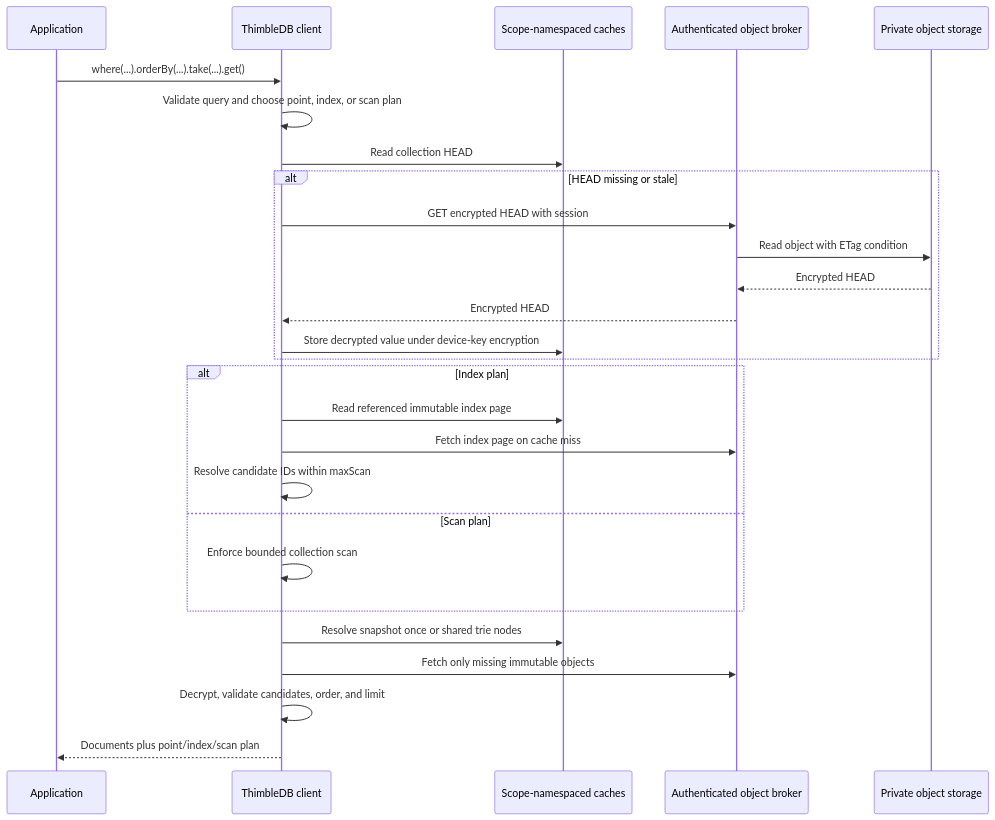
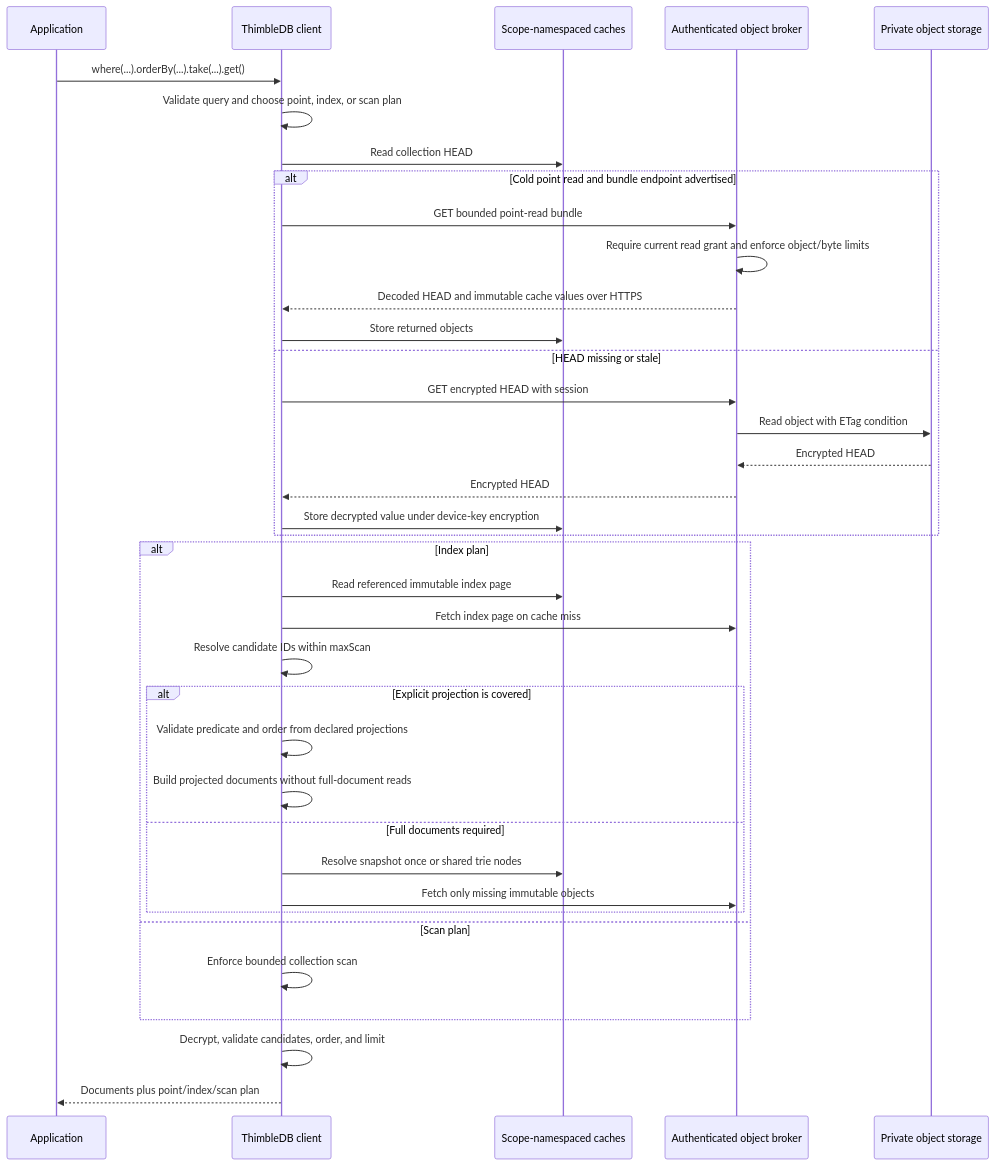
One commit to Jason-Doyle/thimble changed the sixth of 15 diagrams in docs/DIAGRAMS.md. Above: the diagram before and after it, drawn with Mermaid. The commit also changed other lines of this file and 55 other files, not shown here.

Commit message:
Add bounded read bundles and covering indexes

````diff
--- a/docs/DIAGRAMS.md
+++ b/docs/DIAGRAMS.md
@@ -132,33 +207,43 @@
 ```mermaid
 sequenceDiagram
   participant App as Application
   participant Client as ThimbleDB client
   participant Cache as Scope-namespaced caches
   participant Broker as Authenticated object broker
   participant Store as Private object storage
 
   App->>Client: where(...).orderBy(...).take(...).get()
   Client->>Client: Validate query and choose point, index, or scan plan
   Client->>Cache: Read collection HEAD
 
-  alt HEAD missing or stale
+  alt Cold point read and bundle endpoint advertised
+    Client->>Broker: GET bounded point-read bundle
+    Broker->>Broker: Require current read grant and enforce object/byte limits
+    Broker-->>Client: Decoded HEAD and immutable cache values over HTTPS
+    Client->>Cache: Store returned objects
+  else HEAD missing or stale
     Client->>Broker: GET encrypted HEAD with session
     Broker->>Store: Read object with ETag condition
     Store-->>Broker: Encrypted HEAD
     Broker-->>Client: Encrypted HEAD
     Client->>Cache: Store decrypted value under device-key encryption
   end
 
   alt Index plan
     Client->>Cache: Read referenced immutable index page
     Client->>Broker: Fetch index page on cache miss
     Client->>Client: Resolve candidate IDs within maxScan
+    alt Explicit projection is covered
+      Client->>Client: Validate predicate and order from declared projections
+      Client->>Client: Build projected documents without full-document reads
+    else Full documents required
+      Client->>Cache: Resolve snapshot once or shared trie nodes
+      Client->>Broker: Fetch only missing immutable objects
+    end
   else Scan plan
     Client->>Client: Enforce bounded collection scan
   end
 
-  Client->>Cache: Resolve snapshot once or shared trie nodes
-  Client->>Broker: Fetch only missing immutable objects
   Client->>Client: Decrypt, validate candidates, order, and limit
   Client-->>App: Documents plus point/index/scan plan
 ```
````
